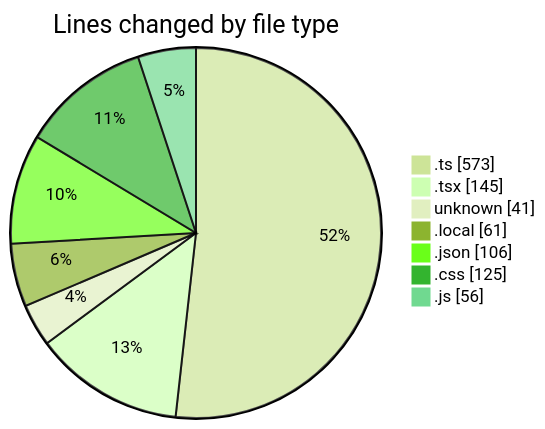
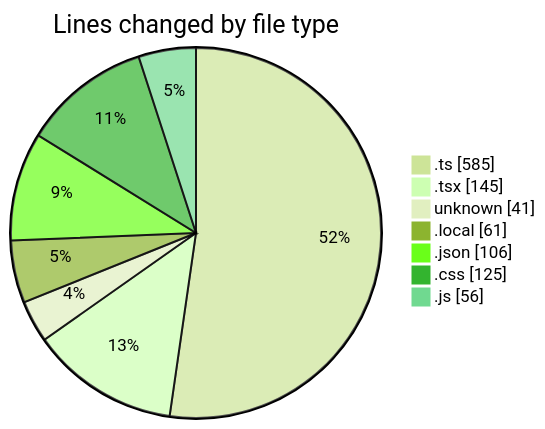
Before and after one commit to momahboobian/code-tracking: the first of 2 diagrams in 2026-02-26/car_database/README.md, drawn with Mermaid (forest theme). The commit also changed other lines of this file and 1 other file, not shown here.

````diff
--- a/2026-02-26/car_database/README.md
+++ b/2026-02-26/car_database/README.md
@@ -43,11 +43,11 @@
 ```mermaid
 pie showData
 title Lines changed by file type
-".ts" : 573
+".ts" : 585
 ".tsx" : 145
 "unknown" : 41
 ".local" : 61
 ".json" : 106
 ".css" : 125
 ".js" : 56
 ```
````
